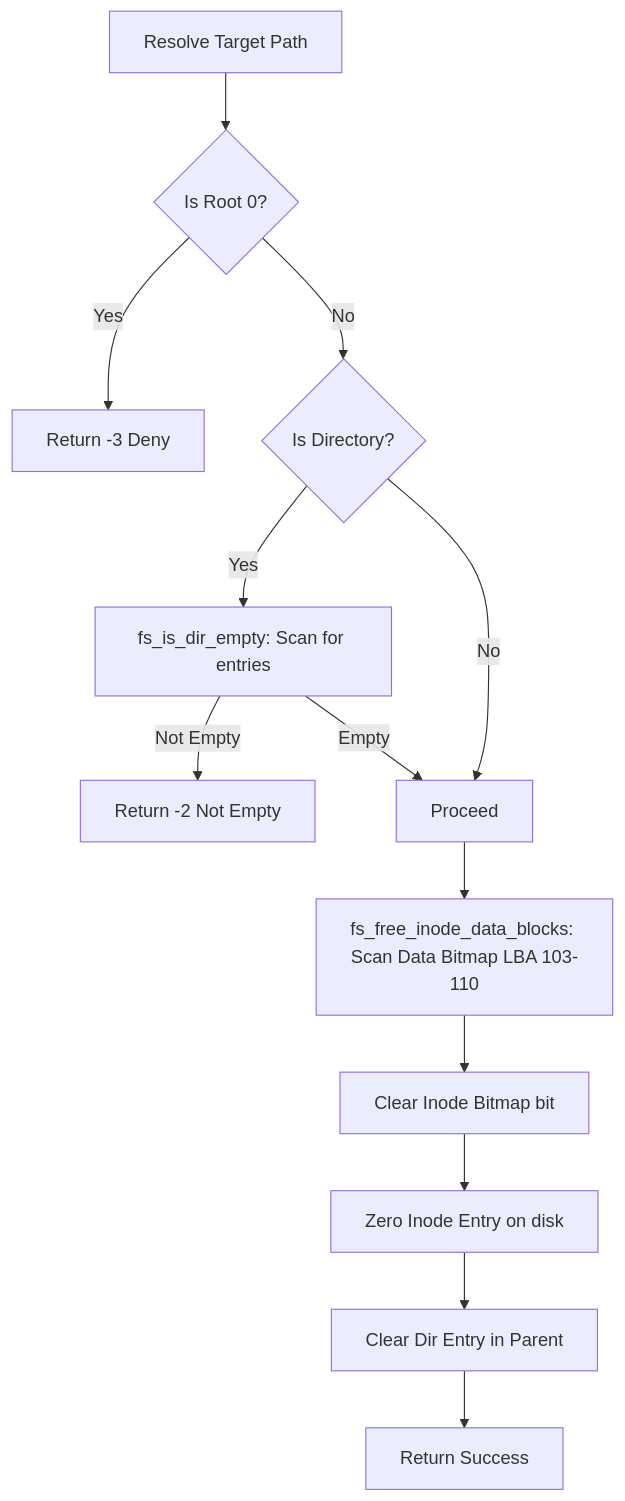
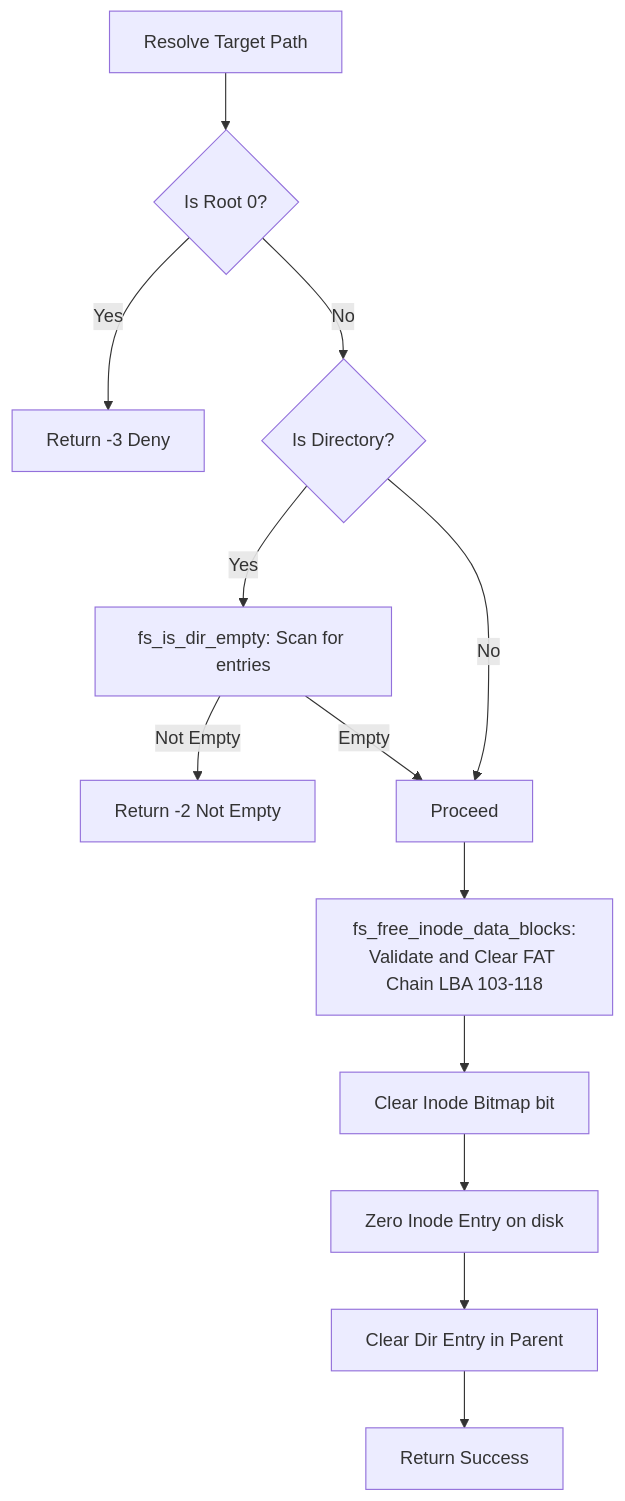
Before and after one commit to charlestsaur/MINI-OS: the sixth of 8 diagrams in docs/Flowchart.md, drawn with Mermaid. The commit also changed other lines of this file and 21 other files, not shown here.

````diff
--- a/docs/Flowchart.md
+++ b/docs/Flowchart.md
@@ -137,15 +137,15 @@
 ```mermaid
 graph TD
     A[Resolve Target Path] --> B{Is Root 0?}
     B -- Yes --> C[Return -3 Deny]
     B -- No --> D{Is Directory?}
     D -- Yes --> E[fs_is_dir_empty: Scan for entries]
     E -- Not Empty --> F[Return -2 Not Empty]
     E -- Empty --> G[Proceed]
     D -- No --> G
-    G --> H[fs_free_inode_data_blocks: Scan Data Bitmap LBA 103-110]
+    G --> H[fs_free_inode_data_blocks:<br/>Validate and Clear FAT Chain LBA 103-118]
     H --> I[Clear Inode Bitmap bit]
     I --> J[Zero Inode Entry on disk]
     J --> K[Clear Dir Entry in Parent]
     K --> L[Return Success]
 ```
````
